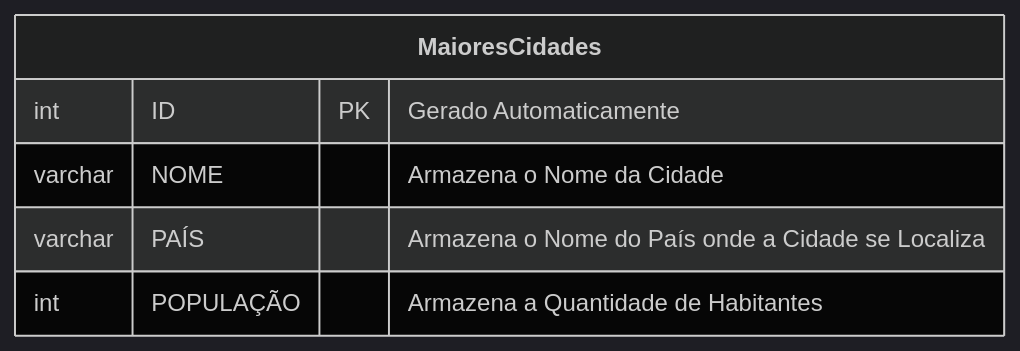
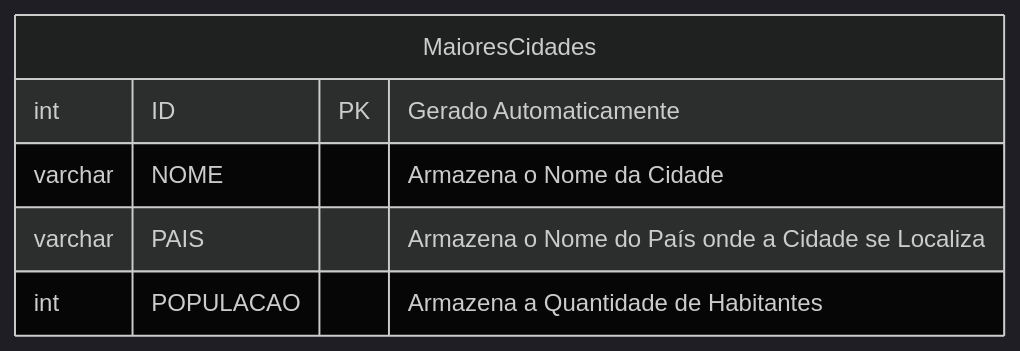
The diagram in Atividades/Atividade-01/AT01.md (gabriel-b-vitareli/BancoDeDados), drawn with Mermaid (dark theme) before and after one commit. The commit also changed other lines of this file, not shown here.

````diff
--- a/Atividades/Atividade-01/AT01.md
+++ b/Atividades/Atividade-01/AT01.md
@@ -5,10 +7,9 @@
 ```mermaid
 erDiagram
-    **MaioresCidades**{
+    MaioresCidades {
         int ID PK "Gerado Automaticamente"
         varchar NOME "Armazena o Nome da Cidade"
-        varchar PAÍS "Armazena o Nome do País onde a Cidade se Localiza"
-        int POPULAÇÃO "Armazena a Quantidade de Habitantes"
+        varchar PAIS "Armazena o Nome do País onde a Cidade se Localiza"
+        int POPULACAO "Armazena a Quantidade de Habitantes"
     }
-
 ```
````
